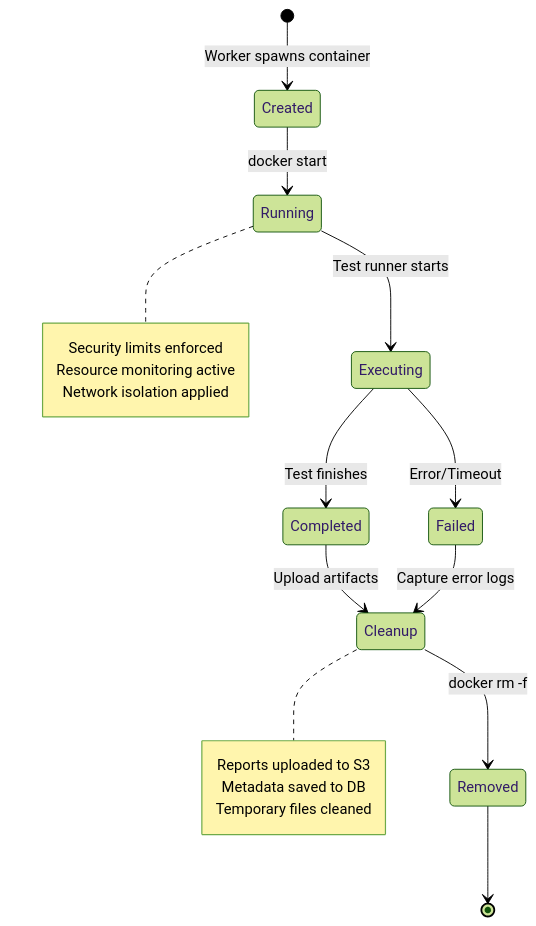
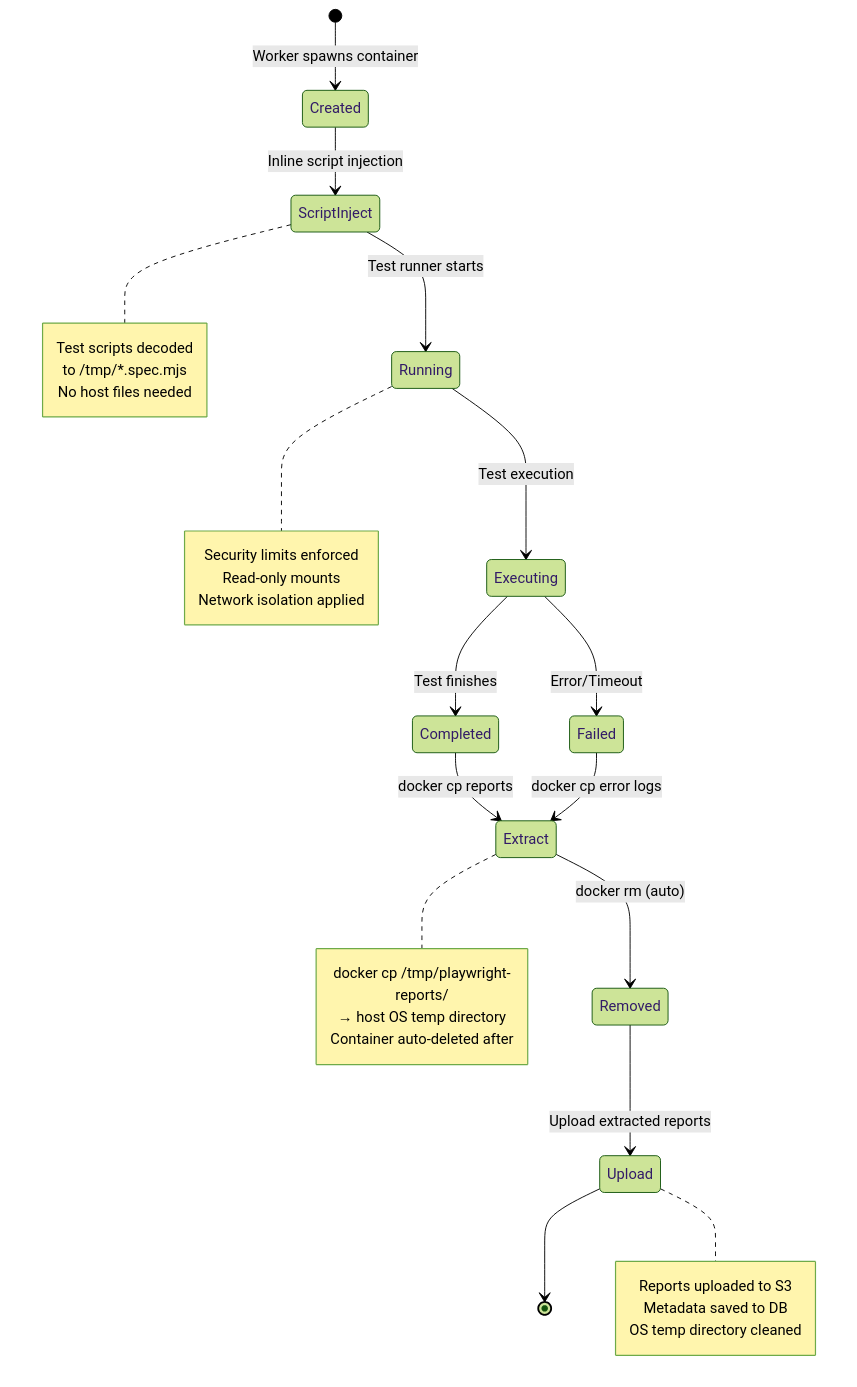
Before and after one commit to supercheck-io/supercheck: the fourth of 26 diagrams in specs/TEST_EXECUTION_AND_JOB_QUEUE_FLOW.md, drawn with Mermaid (forest theme). The commit also changed other lines of this file and 12 other files, not shown here.

First line of the commit message:
docs: update container execution model to eliminate host filesystem dependencies

````diff
--- a/specs/TEST_EXECUTION_AND_JOB_QUEUE_FLOW.md
+++ b/specs/TEST_EXECUTION_AND_JOB_QUEUE_FLOW.md
@@ -232,24 +240,38 @@
 ```mermaid
 stateDiagram-v2
     [*] --> Created: Worker spawns container
-    Created --> Running: docker start
-    Running --> Executing: Test runner starts
+    Created --> ScriptInject: Inline script injection
+    ScriptInject --> Running: Test runner starts
+    Running --> Executing: Test execution
     Executing --> Completed: Test finishes
     Executing --> Failed: Error/Timeout
-    Completed --> Cleanup: Upload artifacts
-    Failed --> Cleanup: Capture error logs
-    Cleanup --> Removed: docker rm -f
-    Removed --> [*]
+    Completed --> Extract: docker cp reports
+    Failed --> Extract: docker cp error logs
+    Extract --> Removed: docker rm (auto)
+    Removed --> Upload: Upload extracted reports
+    Upload --> [*]
+
+    note right of ScriptInject
+        Test scripts decoded
+        to /tmp/*.spec.mjs
+        No host files needed
+    end note
 
     note right of Running
         Security limits enforced
-        Resource monitoring active
+        Read-only mounts
         Network isolation applied
     end note
 
-    note right of Cleanup
+    note right of Extract
+        docker cp /tmp/playwright-reports/
+        → host OS temp directory
+        Container auto-deleted after
+    end note
+
+    note right of Upload
         Reports uploaded to S3
         Metadata saved to DB
-        Temporary files cleaned
+        OS temp directory cleaned
     end note
 ```
````
